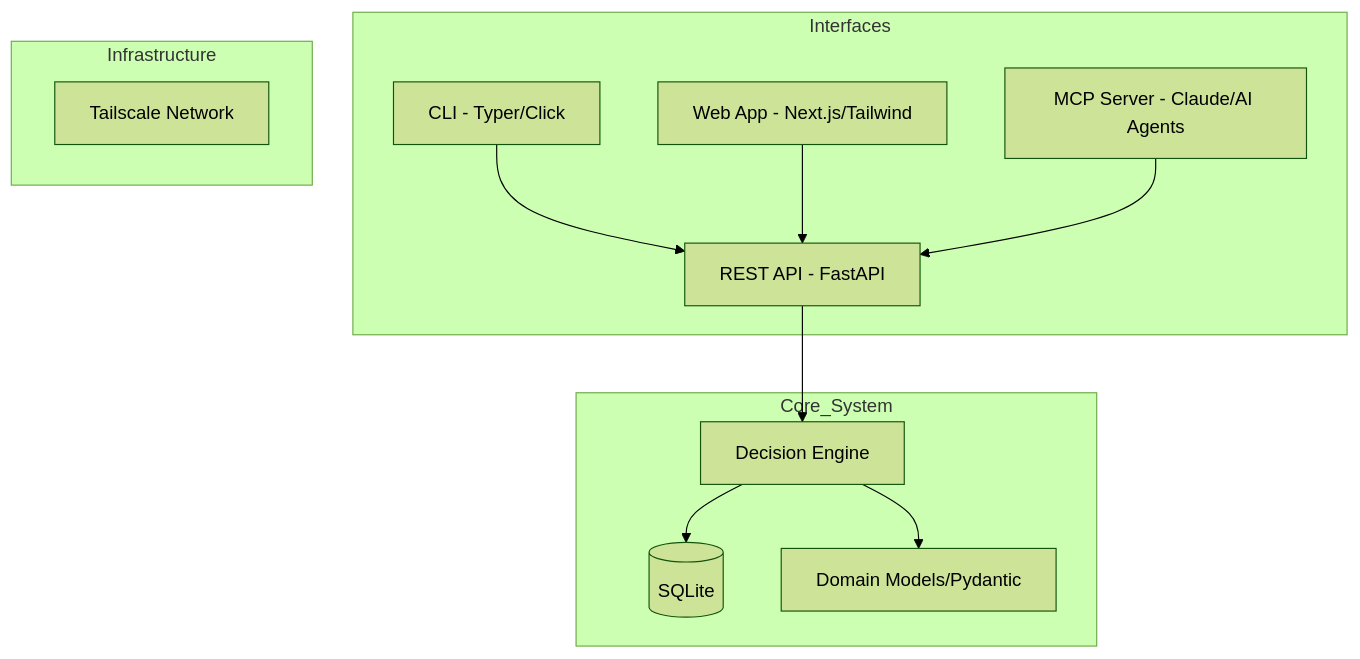
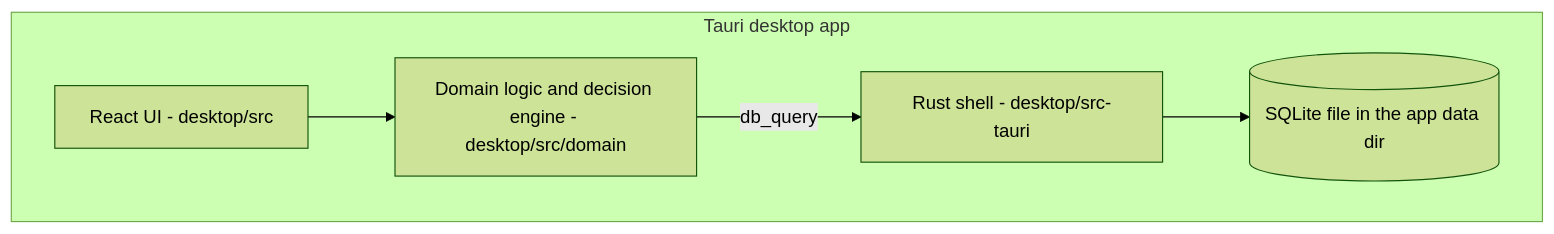
One commit to uFleck/cibi changed the diagram in CIBI_SPEC.md. Above: the diagram before and after it, drawn with Mermaid (forest theme). The commit also changed other lines of this file and 6 other files, not shown here.

First line of the commit message:
desktop: make upd builds the app; rewrite the docs for Tauri; drop qrcode

````diff
--- a/CIBI_SPEC.md
+++ b/CIBI_SPEC.md
@@ -37,22 +37,8 @@
 ```mermaid
 graph TD
-    subgraph Interfaces
-        CLI[CLI - Typer/Click]
-        Web[Web App - Next.js/Tailwind]
-        API[REST API - FastAPI]
-        MCP[MCP Server - Claude/AI Agents]
-    end
-
-    subgraph Core_System
-        API --> Logic[Decision Engine]
-        CLI --> API
-        Web --> API
-        MCP --> API
-        Logic --> DB[(SQLite)]
-        Logic --> Schema[Domain Models/Pydantic]
-    end
-
-    subgraph Infrastructure
-        Tailscale[Tailscale Network]
+    subgraph Desktop_App[Tauri desktop app]
+        UI[React UI - desktop/src] --> Domain[Domain logic and decision engine - desktop/src/domain]
+        Domain -->|db_query| Shell[Rust shell - desktop/src-tauri]
+        Shell --> DB[(SQLite file in the app data dir)]
     end
 ```
````
